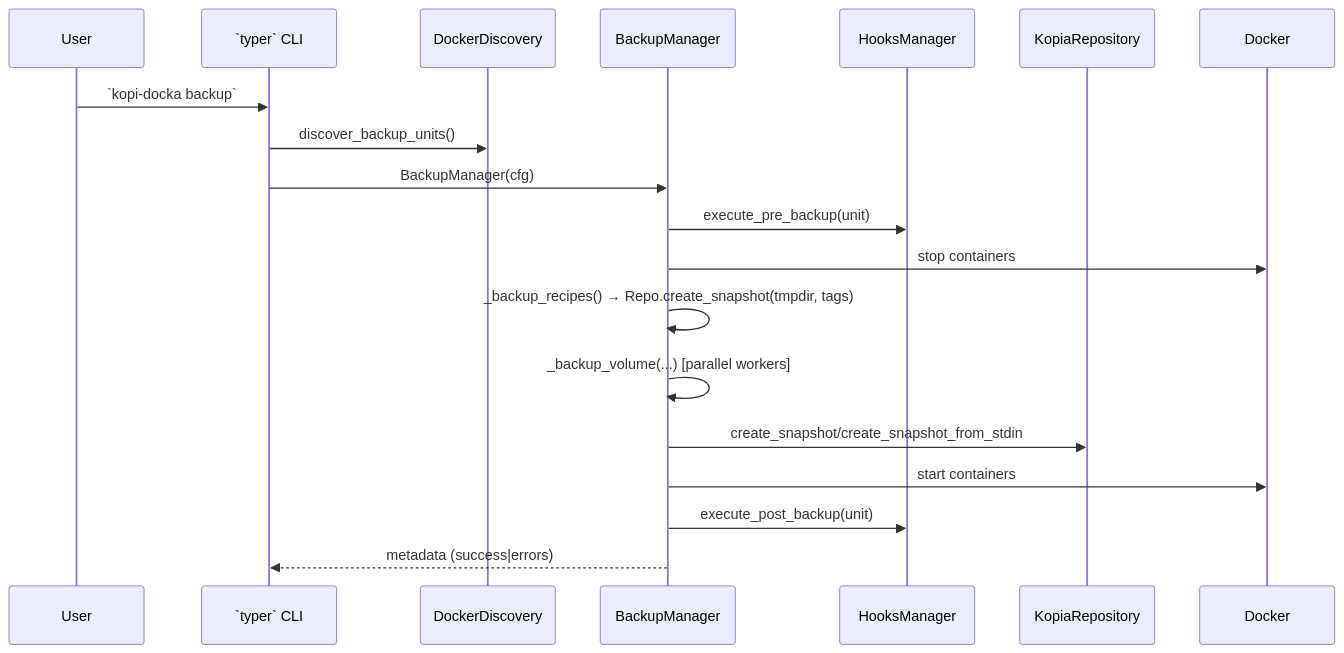
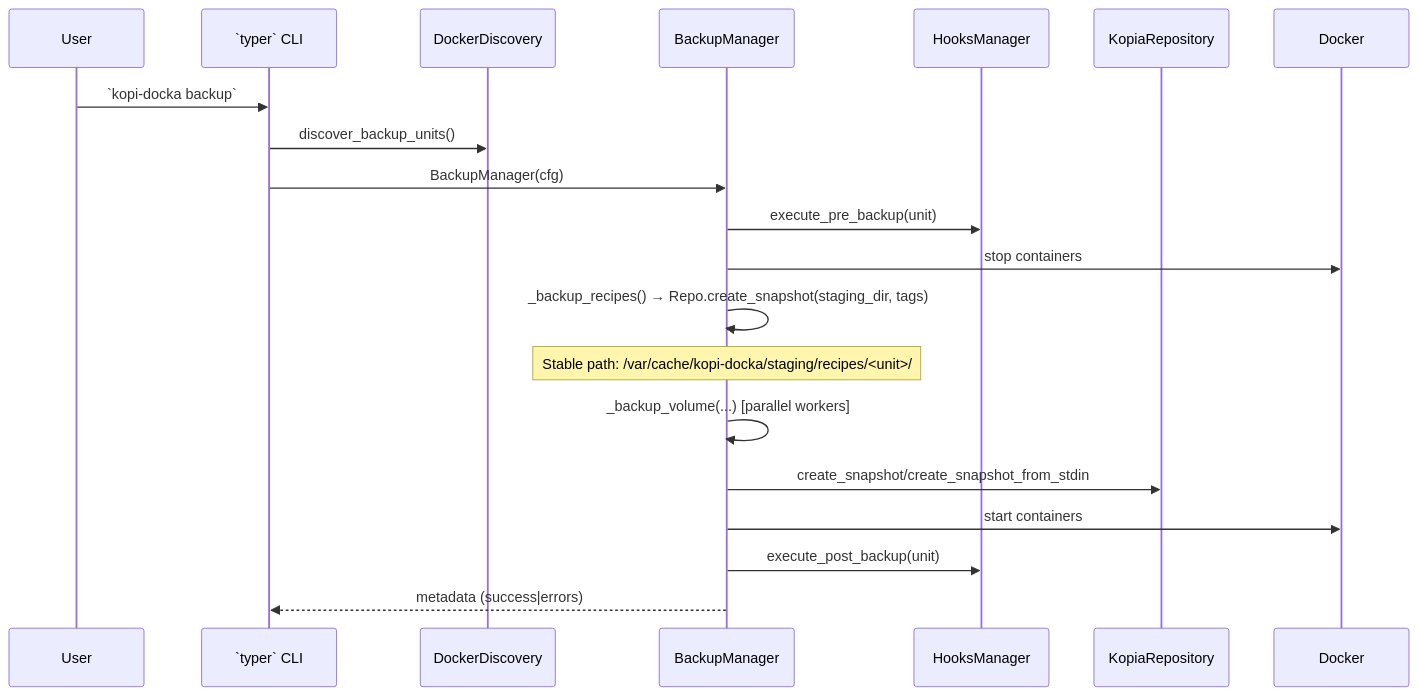
One commit to TZERO78/kopi-docka changed the first of 7 diagrams in docs/ARCHITECTURE.md. Above: the diagram before and after it, drawn with Mermaid. The commit also changed other lines of this file and 8 other files, not shown here.

````diff
--- a/docs/ARCHITECTURE.md
+++ b/docs/ARCHITECTURE.md
@@ -75,21 +75,22 @@
 ```mermaid
 sequenceDiagram
     participant User
     participant CLI as `typer` CLI
     participant Discovery as DockerDiscovery
     participant Backup as BackupManager
     participant Hooks as HooksManager
     participant Repo as KopiaRepository
 
     User->>CLI: `kopi-docka backup`
     CLI->>Discovery: discover_backup_units()
     CLI->>Backup: BackupManager(cfg)
     Backup->>Hooks: execute_pre_backup(unit)
     Backup->>Docker: stop containers
-    Backup->>Backup: _backup_recipes() → Repo.create_snapshot(tmpdir, tags)
+    Backup->>Backup: _backup_recipes() → Repo.create_snapshot(staging_dir, tags)
+    Note over Backup: Stable path: /var/cache/kopi-docka/staging/recipes/<unit>/
     Backup->>Backup: _backup_volume(...) [parallel workers]
     Backup->>Repo: create_snapshot/create_snapshot_from_stdin
     Backup->>Docker: start containers
     Backup->>Hooks: execute_post_backup(unit)
     Backup-->>CLI: metadata (success|errors)
 ``` 
````
